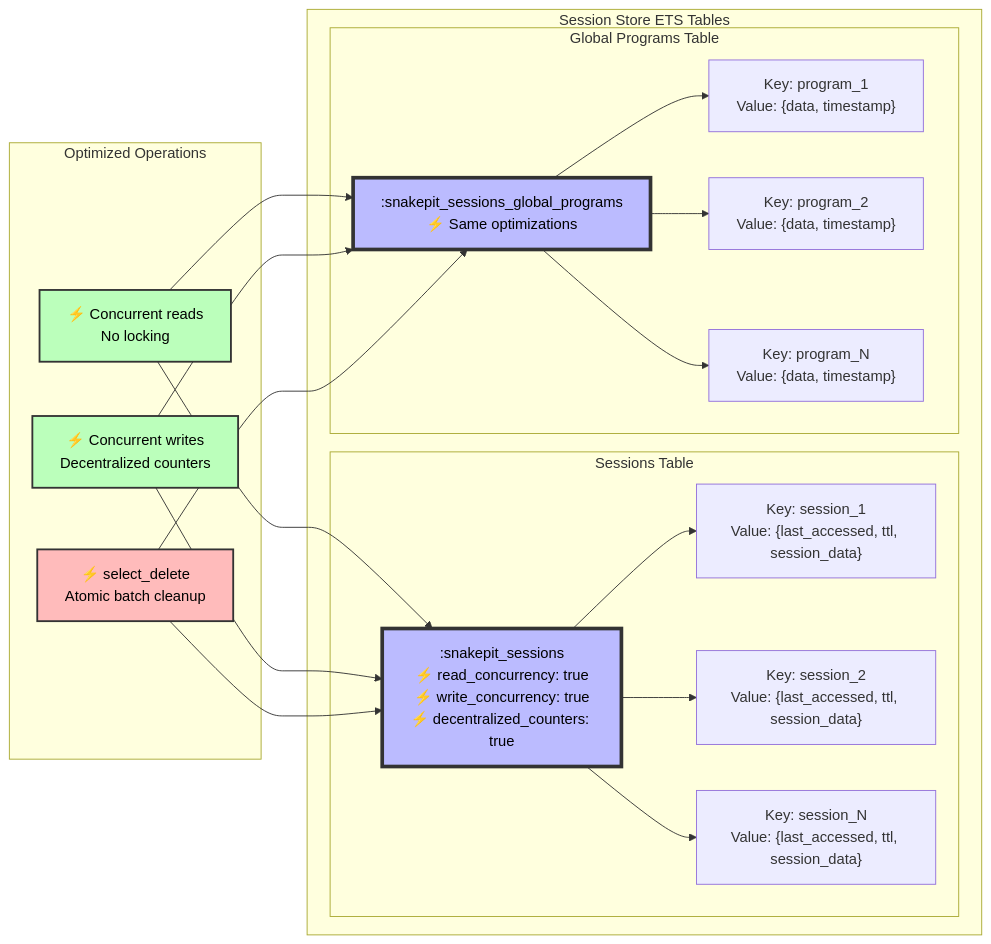
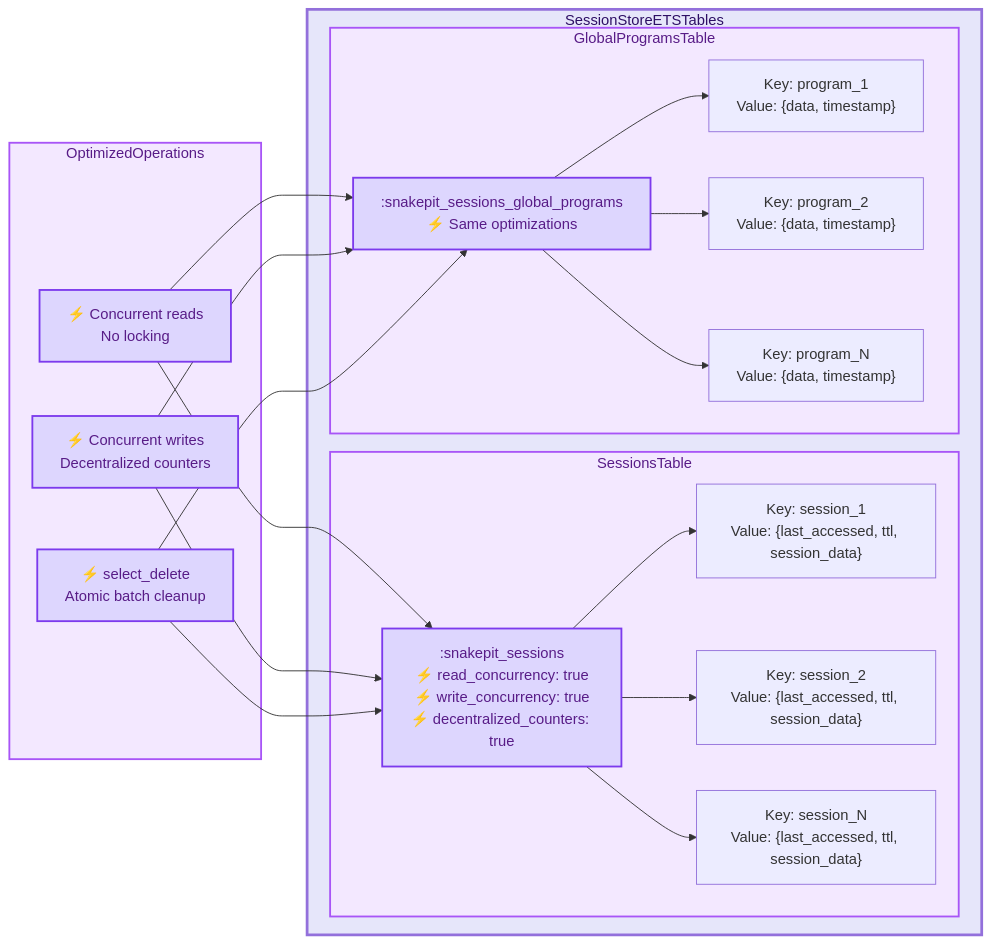
The third of 7 diagrams in DIAGS.md (nshkrdotcom/snakepit), drawn with Mermaid before and after one commit. The commit also changed other lines of this file, not shown here.

````diff
--- a/DIAGS.md
+++ b/DIAGS.md
@@ -116,47 +124,55 @@
 ```mermaid
 graph LR
-    subgraph "Session Store ETS Tables"
-        subgraph "Sessions Table"
+    SessionStoreETSTables["Session Store ETS Tables"]
+    subgraph SessionStoreETSTables
+        SessionsTable["Sessions Table"]
+        subgraph SessionsTable
             ST[":snakepit_sessions<br/>⚡ read_concurrency: true<br/>⚡ write_concurrency: true<br/>⚡ decentralized_counters: true"]
             
             S1["Key: session_1<br/>Value: {last_accessed, ttl, session_data}"]
             S2["Key: session_2<br/>Value: {last_accessed, ttl, session_data}"]
             SN["Key: session_N<br/>Value: {last_accessed, ttl, session_data}"]
         end
         
-        subgraph "Global Programs Table"
+        GlobalProgramsTable["Global Programs Table"]
+        subgraph GlobalProgramsTable
             GP[":snakepit_sessions_global_programs<br/>⚡ Same optimizations"]
             
             P1["Key: program_1<br/>Value: {data, timestamp}"]
             P2["Key: program_2<br/>Value: {data, timestamp}"]
             PN["Key: program_N<br/>Value: {data, timestamp}"]
         end
     end
     
-    subgraph "Optimized Operations"
+    OptimizedOperations["Optimized Operations"]
+    subgraph OptimizedOperations
         Read["⚡ Concurrent reads<br/>No locking"]
         Write["⚡ Concurrent writes<br/>Decentralized counters"]
         Cleanup["⚡ select_delete<br/>Atomic batch cleanup"]
     end
     
     ST --> S1
     ST --> S2
     ST --> SN
     
     GP --> P1
     GP --> P2
     GP --> PN
     
     Read --> ST
     Read --> GP
     Write --> ST
     Write --> GP
     Cleanup --> ST
     Cleanup --> GP
     
-    style ST fill:#bbf,stroke:#333,stroke-width:4px,color:#000
-    style GP fill:#bbf,stroke:#333,stroke-width:4px,color:#000
-    style Read fill:#bfb,stroke:#333,stroke-width:2px,color:#000
-    style Write fill:#bfb,stroke:#333,stroke-width:2px,color:#000
-    style Cleanup fill:#fbb,stroke:#333,stroke-width:2px,color:#000
+    style SessionStoreETSTables fill:#e6e6fa,stroke:#9370db,stroke-width:3px,color:#2e1065
+    style SessionsTable fill:#f3e8ff,stroke:#a855f7,stroke-width:2px,color:#581c87
+    style GlobalProgramsTable fill:#f3e8ff,stroke:#a855f7,stroke-width:2px,color:#581c87
+    style OptimizedOperations fill:#f3e8ff,stroke:#a855f7,stroke-width:2px,color:#581c87
+    style ST fill:#ddd6fe,stroke:#7c3aed,stroke-width:2px,color:#581c87
+    style GP fill:#ddd6fe,stroke:#7c3aed,stroke-width:2px,color:#581c87
+    style Read fill:#ddd6fe,stroke:#7c3aed,stroke-width:2px,color:#581c87
+    style Write fill:#ddd6fe,stroke:#7c3aed,stroke-width:2px,color:#581c87
+    style Cleanup fill:#ddd6fe,stroke:#7c3aed,stroke-width:2px,color:#581c87
 ```
````
